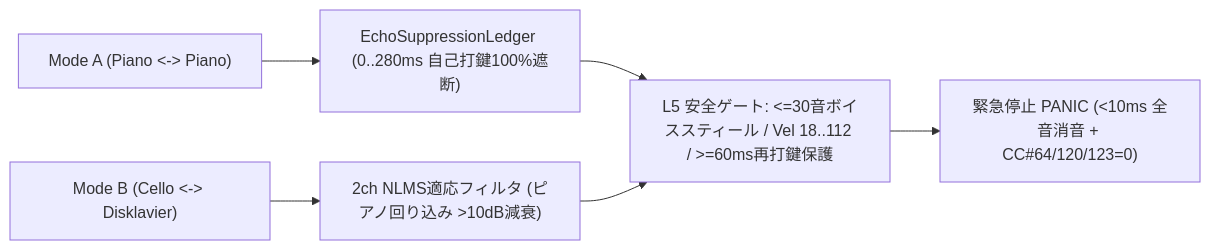
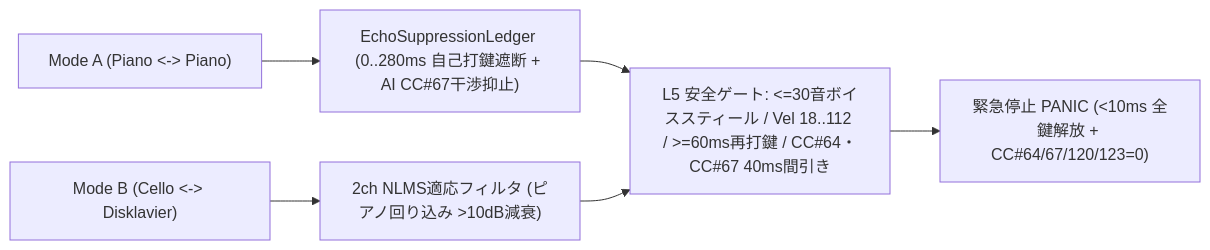
One commit to AI-Avalon/Disklavier-Auto changed the third of 4 diagrams in README.md. Above: the diagram before and after it, drawn with Mermaid. The commit also changed other lines of this file and 57 other files, not shown here.

````diff
--- a/README.md
+++ b/README.md
@@ -94,8 +82,8 @@
 ```mermaid
 flowchart LR
-    ModeA["Mode A (Piano <-> Piano)"] --> Ledger["EchoSuppressionLedger (0..280ms 自己打鍵100%遮断)"]
+    ModeA["Mode A (Piano <-> Piano)"] --> Ledger["EchoSuppressionLedger (0..280ms 自己打鍵遮断 + AI CC#67干渉抑止)"]
     ModeB["Mode B (Cello <-> Disklavier)"] --> NLMS["2ch NLMS適応フィルタ (ピアノ回り込み >10dB減衰)"]
-    Ledger --> Safety["L5 安全ゲート: <=30音ボイススティール / Vel 18..112 / >=60ms再打鍵保護"]
+    Ledger --> Safety["L5 安全ゲート: <=30音ボイススティール / Vel 18..112 / >=60ms再打鍵 / CC#64・CC#67 40ms間引き"]
     NLMS --> Safety
-    Safety --> Panic["緊急停止 PANIC (<10ms 全音消音 + CC#64/120/123=0)"]
+    Safety --> Panic["緊急停止 PANIC (<10ms 全鍵解放 + CC#64/67/120/123=0)"]
 ```
````
